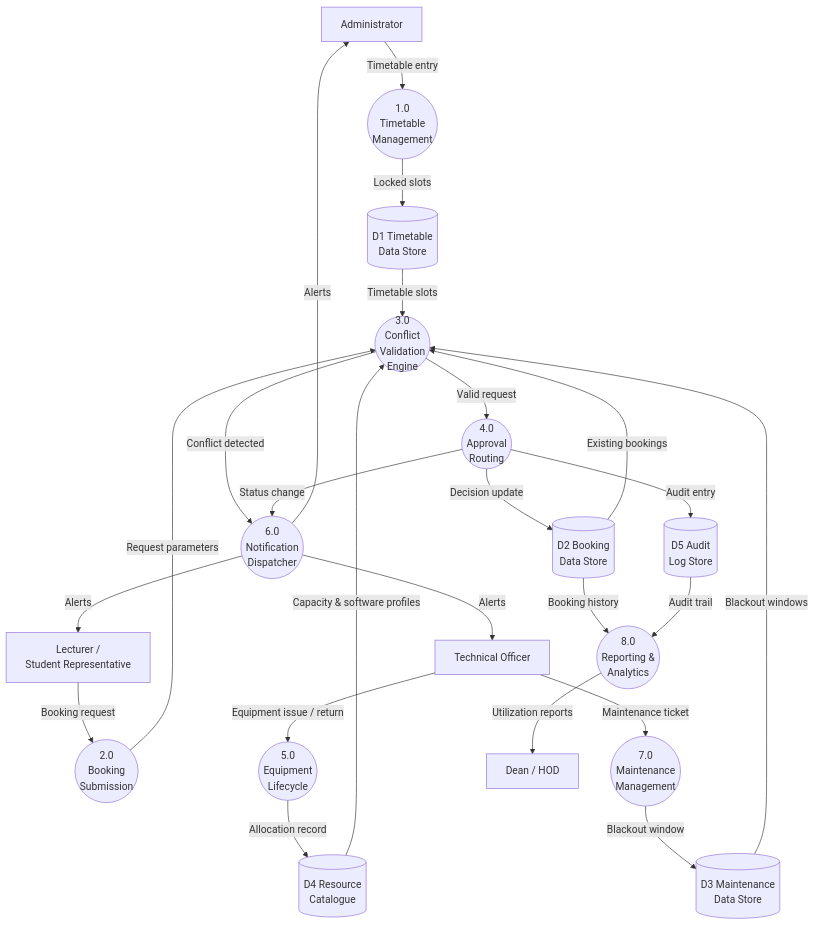
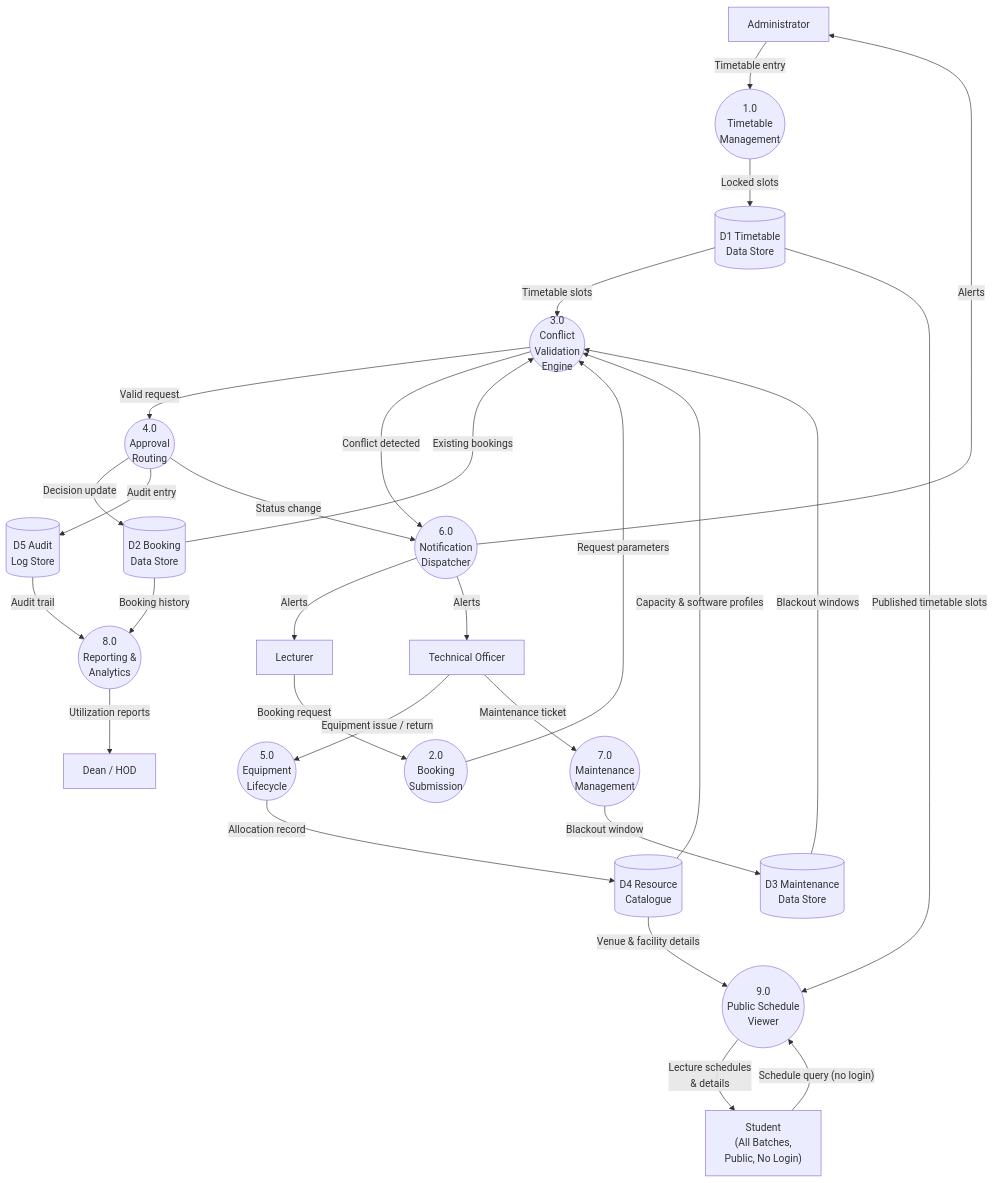
One commit to chamika-u/Capstones changed the diagram in FRMSD/diagrams/src/fig4-4-dfd1.mmd. Above: the diagram before and after it, drawn with Mermaid. The commit also changed 8 other files, not shown here.

Commit message:
feat: add data flow and use case diagrams for FRMSD system architecture

```diff
--- a/FRMSD/diagrams/src/fig4-4-dfd1.mmd
+++ b/FRMSD/diagrams/src/fig4-4-dfd1.mmd
@@ -1,30 +1,35 @@
 flowchart TD
     ADM["Administrator"] -->|"Timetable entry"| P1(("1.0<br/>Timetable<br/>Management"))
     P1 -->|"Locked slots"| D1[("D1 Timetable<br/>Data Store")]
 
-    LEC["Lecturer /<br/>Student Representative"] -->|"Booking request"| P2(("2.0<br/>Booking<br/>Submission"))
+    LEC["Lecturer"] -->|"Booking request"| P2(("2.0<br/>Booking<br/>Submission"))
     P2 -->|"Request parameters"| P3(("3.0<br/>Conflict<br/>Validation<br/>Engine"))
 
     D1 -->|"Timetable slots"| P3
     D2[("D2 Booking<br/>Data Store")] -->|"Existing bookings"| P3
     D3[("D3 Maintenance<br/>Data Store")] -->|"Blackout windows"| P3
     D4[("D4 Resource<br/>Catalogue")] -->|"Capacity &amp; software profiles"| P3
 
     P3 -->|"Valid request"| P4(("4.0<br/>Approval<br/>Routing"))
     P3 -->|"Conflict detected"| P6(("6.0<br/>Notification<br/>Dispatcher"))
     P4 -->|"Decision update"| D2
     P4 -->|"Audit entry"| D5[("D5 Audit<br/>Log Store")]
     P4 -->|"Status change"| P6
 
     TO["Technical Officer"] -->|"Equipment issue / return"| P5(("5.0<br/>Equipment<br/>Lifecycle"))
     TO -->|"Maintenance ticket"| P7(("7.0<br/>Maintenance<br/>Management"))
     P5 -->|"Allocation record"| D4
     P7 -->|"Blackout window"| D3
 
     P6 -->|"Alerts"| ADM
     P6 -->|"Alerts"| LEC
     P6 -->|"Alerts"| TO
 
     D2 -->|"Booking history"| P8(("8.0<br/>Reporting &amp;<br/>Analytics"))
     D5 -->|"Audit trail"| P8
     P8 -->|"Utilization reports"| MGT["Dean / HOD"]
+
+    STU["Student<br/>(All Batches,<br/>Public, No Login)"] -->|"Schedule query (no login)"| P9(("9.0<br/>Public Schedule<br/>Viewer"))
+    D1 -->|"Published timetable slots"| P9
+    D4 -->|"Venue &amp; facility details"| P9
+    P9 -->|"Lecture schedules<br/>&amp; details"| STU
```
